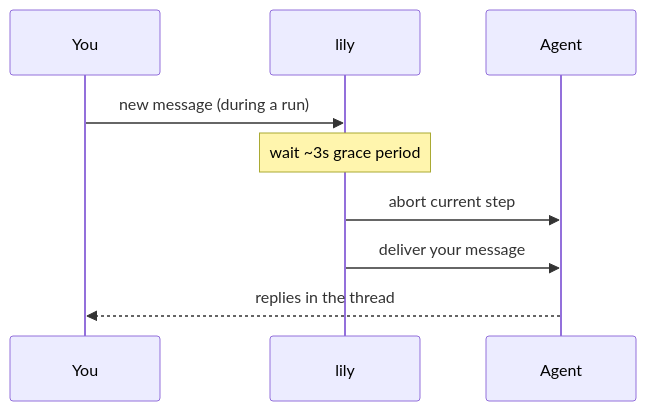
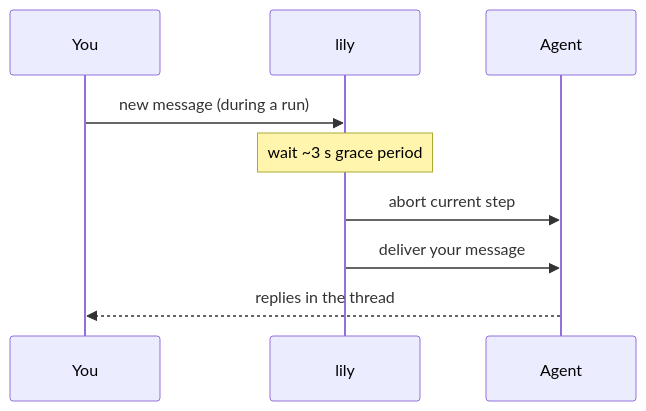
Before and after one commit to ArtemisMucaj/lily: the second of 4 diagrams in README.md, drawn with Mermaid. The commit also changed other lines of this file and 2 other files, not shown here.

````diff
--- a/README.md
+++ b/README.md
@@ -85,11 +116,11 @@
 ```mermaid
 sequenceDiagram
     participant U as You
     participant L as lily
     participant A as Agent
     U->>L: new message (during a run)
-    Note over L: wait ~3s grace period
+    Note over L: wait ~3 s grace period
     L->>A: abort current step
     L->>A: deliver your message
     A-->>U: replies in the thread
 ```
````
